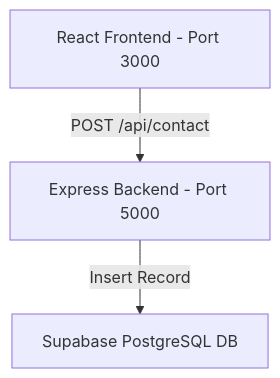
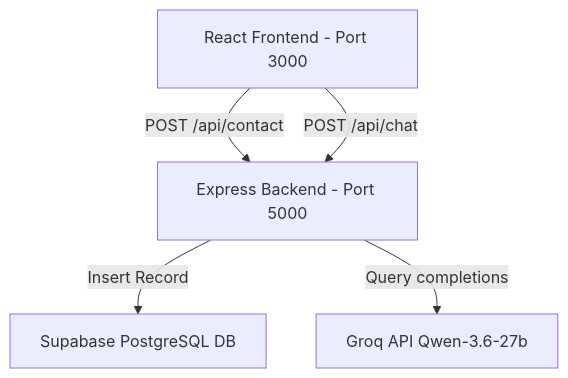
One commit to akarshrajap/Web_portfolio_react_kle changed the diagram in README.md. Above: the diagram before and after it, drawn with Mermaid. The commit also changed other lines of this file and 17 other files, not shown here.

````diff
--- a/README.md
+++ b/README.md
@@ -31,5 +32,7 @@
 ```mermaid
 graph TD
     Client[React Frontend - Port 3000] -->|POST /api/contact| Server[Express Backend - Port 5000]
+    Client -->|POST /api/chat| Server
     Server -->|Insert Record| Supabase[Supabase PostgreSQL DB]
+    Server -->|Query completions| Groq[Groq API Qwen-3.6-27b]
 ```
````
